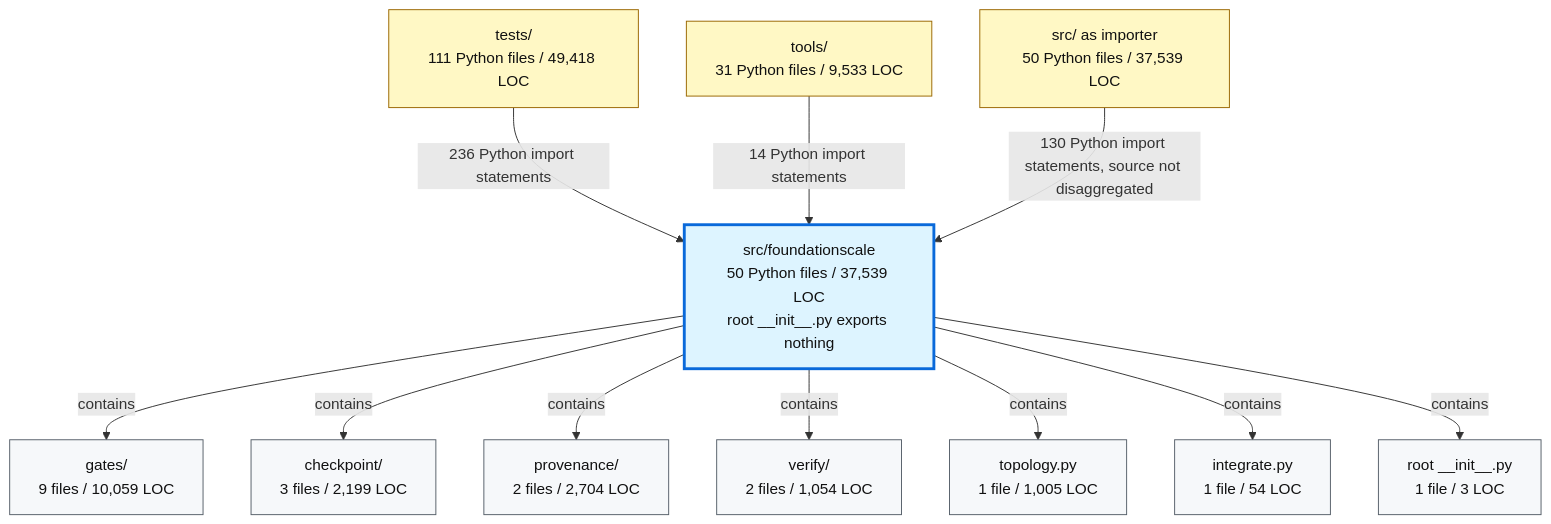
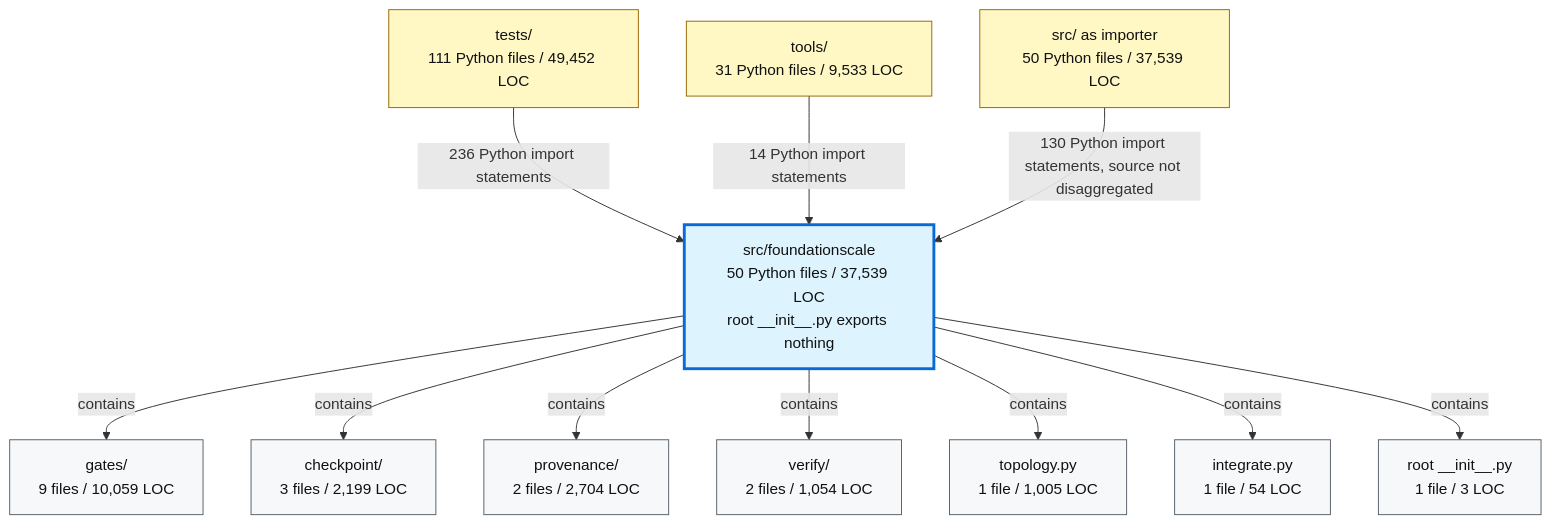
The second of 2 diagrams in docs/review/D2_current_architecture.md (TranNhiem/FoundationScale), drawn with Mermaid before and after one commit. The commit also changed other lines of this file and 17 other files, not shown here.

````diff
--- a/docs/review/D2_current_architecture.md
+++ b/docs/review/D2_current_architecture.md
@@ -97,36 +97,36 @@
 ```mermaid
 flowchart TB
-  TESTS["tests/<br/>111 Python files / 49,418 LOC"]
+  TESTS["tests/<br/>111 Python files / 49,452 LOC"]
   TOOLS["tools/<br/>31 Python files / 9,533 LOC"]
   SRC["src/ as importer<br/>50 Python files / 37,539 LOC"]
 
   FS["src/foundationscale<br/>50 Python files / 37,539 LOC<br/>root __init__.py exports nothing"]
 
   GATES["gates/<br/>9 files / 10,059 LOC"]
   CKPT["checkpoint/<br/>3 files / 2,199 LOC"]
   PROV["provenance/<br/>2 files / 2,704 LOC"]
   VERIFY["verify/<br/>2 files / 1,054 LOC"]
   TOPO["topology.py<br/>1 file / 1,005 LOC"]
   INTEG["integrate.py<br/>1 file / 54 LOC"]
   ROOT["root __init__.py<br/>1 file / 3 LOC"]
 
   TESTS -->|"236 Python import statements"| FS
   TOOLS -->|"14 Python import statements"| FS
   SRC -->|"130 Python import statements, source not disaggregated"| FS
 
   FS -->|"contains"| GATES
   FS -->|"contains"| CKPT
   FS -->|"contains"| PROV
   FS -->|"contains"| VERIFY
   FS -->|"contains"| TOPO
   FS -->|"contains"| INTEG
   FS -->|"contains"| ROOT
 
   classDef consumer fill:#fff8c5,stroke:#9a6700,color:#111;
   classDef package fill:#ddf4ff,stroke:#0969da,stroke-width:3px,color:#111;
   classDef module fill:#f6f8fa,stroke:#57606a,color:#111;
 
   class TESTS,TOOLS,SRC consumer;
   class FS package;
   class GATES,CKPT,PROV,VERIFY,TOPO,INTEG,ROOT module;
 ```
````
